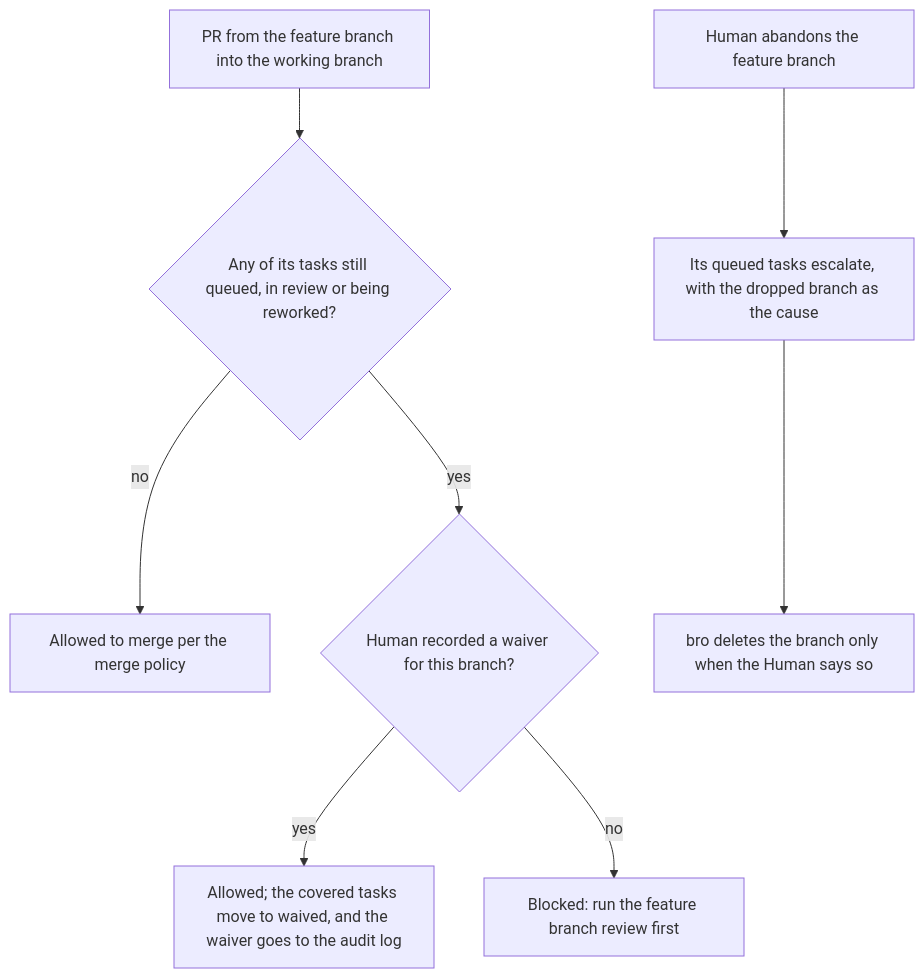
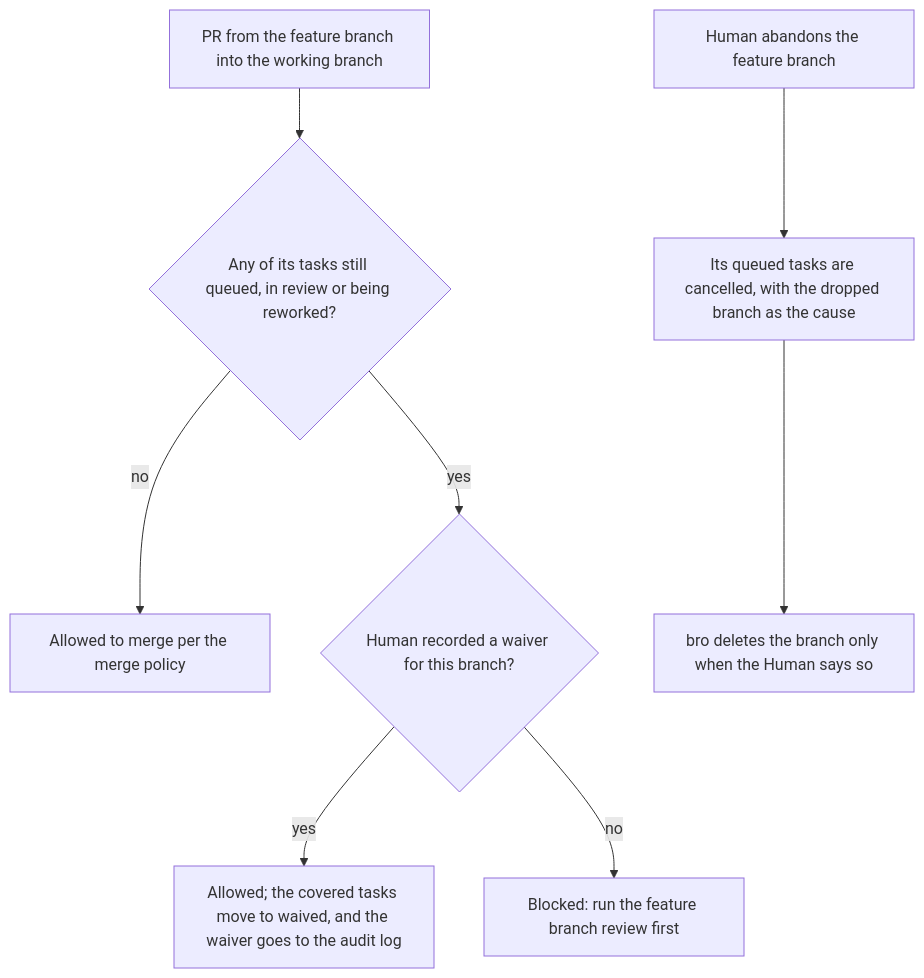
Before and after one commit to trustmybot/plugin: the seventh of 8 diagrams in docs/architecture/AGILE.md, drawn with Mermaid. The commit also changed other lines of this file and 6 other files, not shown here.

First line of the commit message:
📝 docs(tasks): split escalated into superseded and cancelled in planned v75 (GH 3251)

````diff
--- a/docs/architecture/AGILE.md
+++ b/docs/architecture/AGILE.md
@@ -172,10 +172,10 @@
 ```mermaid
 flowchart TD
     A[PR from the feature branch into the working branch] --> B{Any of its tasks still queued, in review or being reworked?}
     B -- no --> OK[Allowed to merge per the merge policy]
     B -- yes --> W{Human recorded a waiver for this branch?}
     W -- yes --> L[Allowed; the covered tasks move to waived, and the waiver goes to the audit log]
     W -- no --> X[Blocked: run the feature branch review first]
-    D[Human abandons the feature branch] --> E[Its queued tasks escalate, with the dropped branch as the cause]
+    D[Human abandons the feature branch] --> E[Its queued tasks are cancelled, with the dropped branch as the cause]
     E --> F[bro deletes the branch only when the Human says so]
 ```
````
